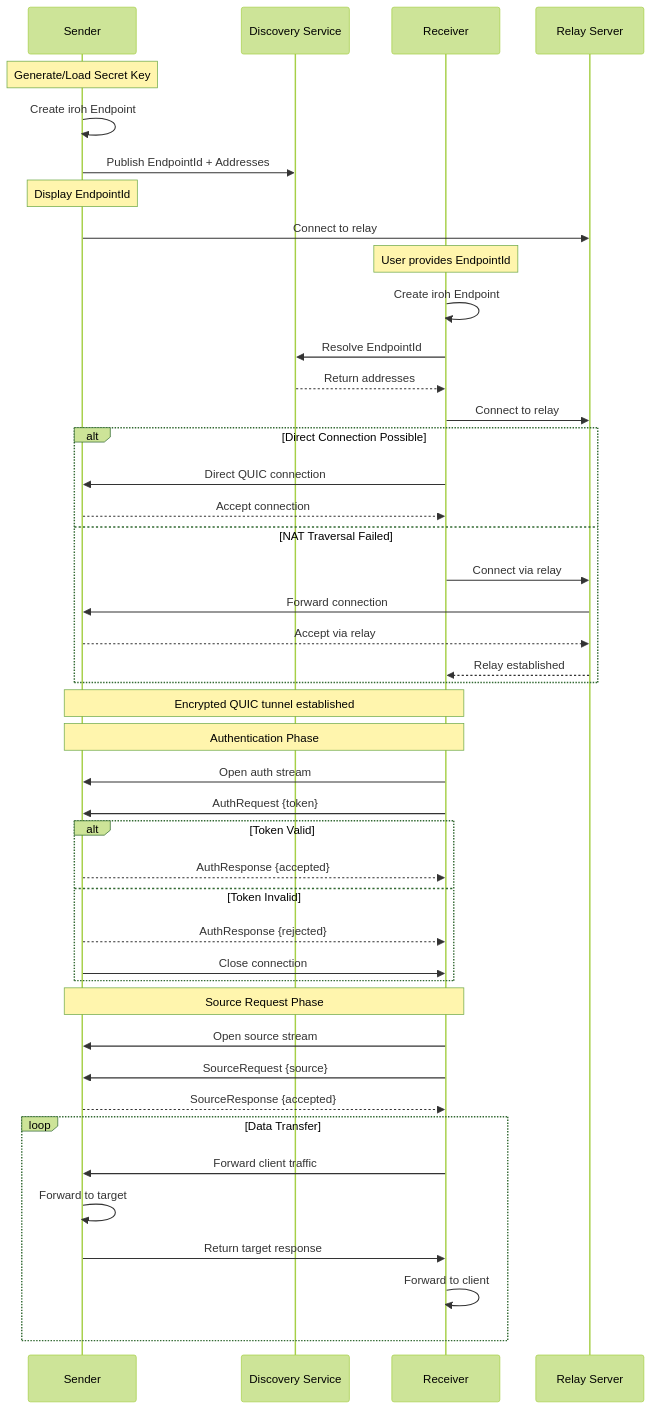
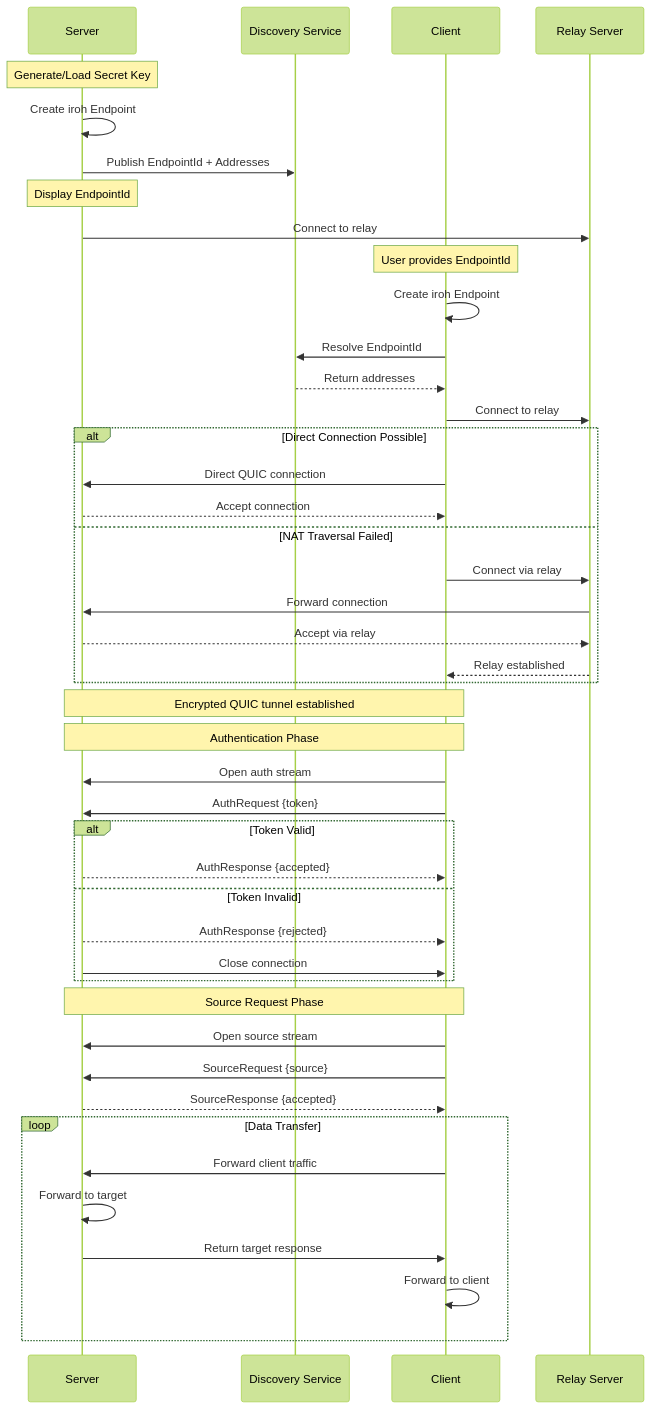
One commit to andrewtheguy/vpn-rs changed the sixth of 35 diagrams in docs/ARCHITECTURE.md. Above: the diagram before and after it, drawn with Mermaid (forest theme). The commit also changed other lines of this file, not shown here.

Commit message:
feat: update architecture documentation to reflect server-client terminology and clarify operational modes

````diff
--- a/docs/ARCHITECTURE.md
+++ b/docs/ARCHITECTURE.md
@@ -248,53 +248,53 @@
 ```mermaid
 sequenceDiagram
-    participant S as Sender
+    participant S as Server
     participant SD as Discovery Service
-    participant R as Receiver
+    participant C as Client
     participant RS as Relay Server
-    
+
     Note over S: Generate/Load Secret Key
     S->>S: Create iroh Endpoint
     S->>SD: Publish EndpointId + Addresses
     Note over S: Display EndpointId
     S->>RS: Connect to relay
-    
-    Note over R: User provides EndpointId
-    R->>R: Create iroh Endpoint
-    R->>SD: Resolve EndpointId
-    SD-->>R: Return addresses
-    R->>RS: Connect to relay
-    
+
+    Note over C: User provides EndpointId
+    C->>C: Create iroh Endpoint
+    C->>SD: Resolve EndpointId
+    SD-->>C: Return addresses
+    C->>RS: Connect to relay
+
     alt Direct Connection Possible
-        R->>S: Direct QUIC connection
-        S-->>R: Accept connection
+        C->>S: Direct QUIC connection
+        S-->>C: Accept connection
     else NAT Traversal Failed
-        R->>RS: Connect via relay
+        C->>RS: Connect via relay
         RS->>S: Forward connection
         S-->>RS: Accept via relay
-        RS-->>R: Relay established
-    end
-    
-    Note over S,R: Encrypted QUIC tunnel established
-
-    Note over R,S: Authentication Phase
-    R->>S: Open auth stream
-    R->>S: AuthRequest {token}
-    alt Token Valid
-        S-->>R: AuthResponse {accepted}
-    else Token Invalid
-        S-->>R: AuthResponse {rejected}
-        S->>R: Close connection
+        RS-->>C: Relay established
     end
 
-    Note over R,S: Source Request Phase
-    R->>S: Open source stream
-    R->>S: SourceRequest {source}
-    S-->>R: SourceResponse {accepted}
+    Note over S,C: Encrypted QUIC tunnel established
+
+    Note over C,S: Authentication Phase
+    C->>S: Open auth stream
+    C->>S: AuthRequest {token}
+    alt Token Valid
+        S-->>C: AuthResponse {accepted}
+    else Token Invalid
+        S-->>C: AuthResponse {rejected}
+        S->>C: Close connection
+    end
+
+    Note over C,S: Source Request Phase
+    C->>S: Open source stream
+    C->>S: SourceRequest {source}
+    S-->>C: SourceResponse {accepted}
 
     loop Data Transfer
-        R->>S: Forward client traffic
+        C->>S: Forward client traffic
         S->>S: Forward to target
-        S->>R: Return target response
-        R->>R: Forward to client
+        S->>C: Return target response
+        C->>C: Forward to client
     end
 ```
````
